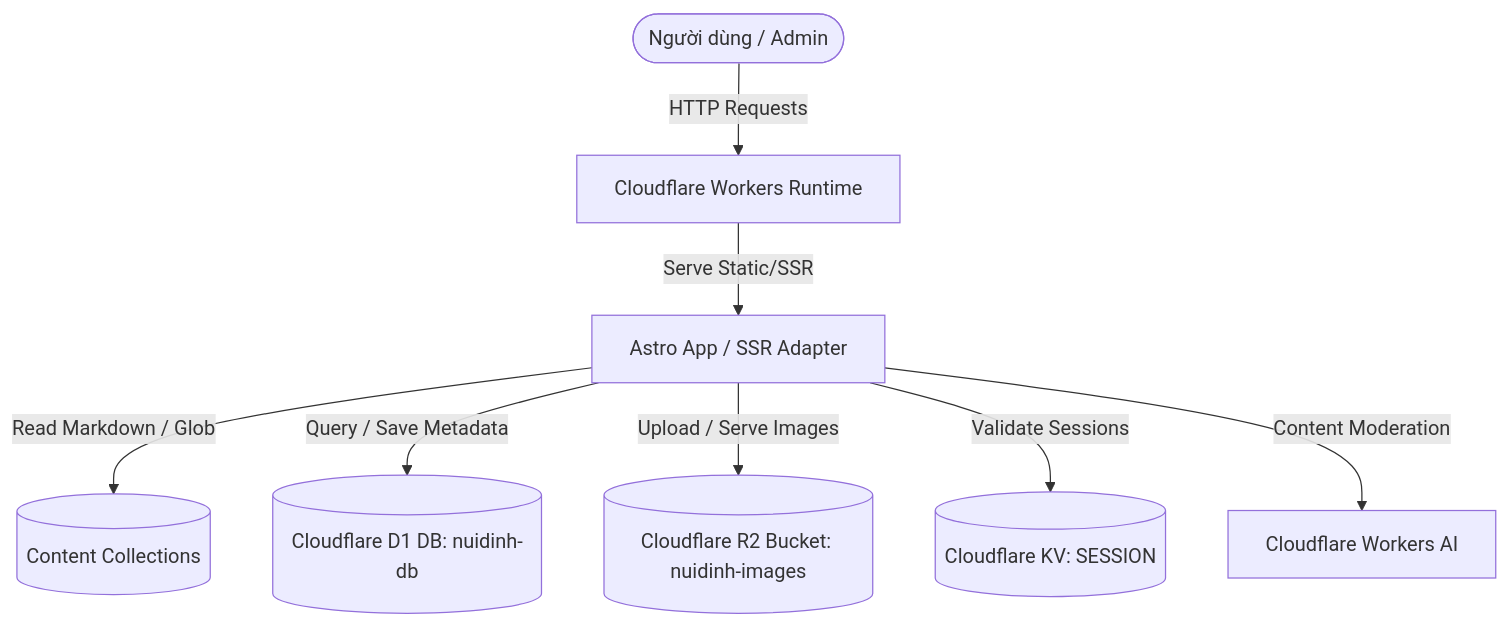
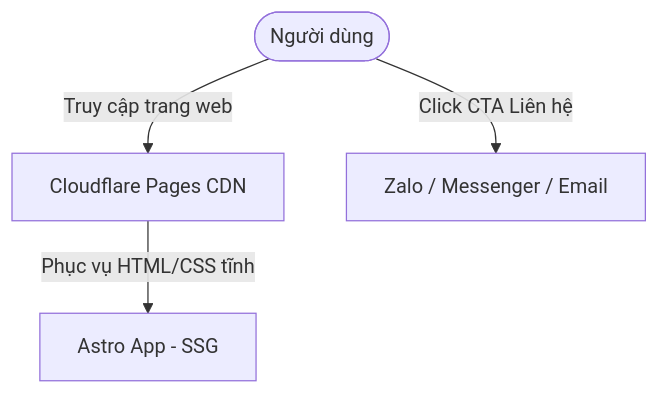
One commit to leanhbang-cloud/in3d.help changed the diagram in .agents/context/ARCHITECTURE.md. Above: the diagram before and after it, drawn with Mermaid. The commit also changed other lines of this file and 16 other files, not shown here.

Commit message:
docs: clean up legacy documents and update architecture

````diff
--- a/.agents/context/ARCHITECTURE.md
+++ b/.agents/context/ARCHITECTURE.md
@@ -11,10 +11,6 @@
 ```mermaid
 graph TD
-    User([Người dùng / Admin]) -->|HTTP Requests| CFW[Cloudflare Workers Runtime]
-    CFW -->|Serve Static/SSR| Astro[Astro App / SSR Adapter]
-    Astro -->|Read Markdown / Glob| Collections[(Content Collections)]
-    Astro -->|Query / Save Metadata| D1[(Cloudflare D1 DB: nuidinh-db)]
-    Astro -->|Upload / Serve Images| R2[(Cloudflare R2 Bucket: nuidinh-images)]
-    Astro -->|Validate Sessions| KV[(Cloudflare KV: SESSION)]
-    Astro -->|Content Moderation| AI[Cloudflare Workers AI]
+    User([Người dùng]) -->|Truy cập trang web| CF[Cloudflare Pages CDN]
+    CF -->|Phục vụ HTML/CSS tĩnh| Astro[Astro App - SSG]
+    User -->|Click CTA Liên hệ| Contacts[Zalo / Messenger / Email]
 ```
````
